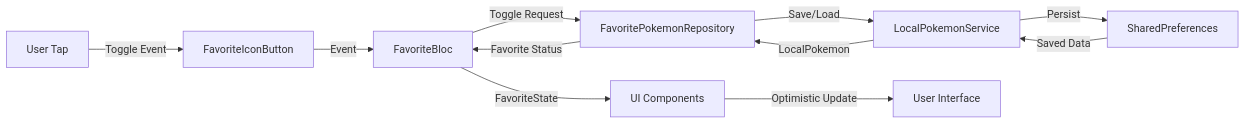
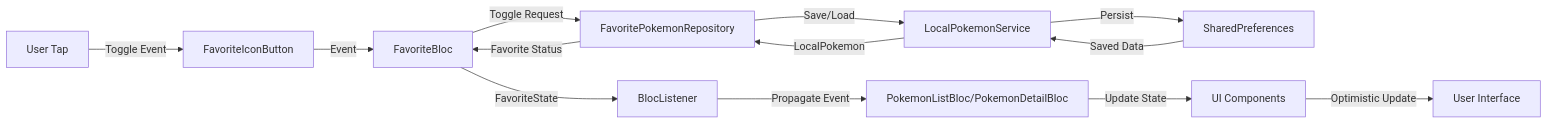
The second of 4 diagrams in flutter_another_pokemon_assignment/README_ARCHITECTURE.md (justbug/AnotherPokemonAssignment), drawn with Mermaid before and after one commit. The commit also changed other lines of this file and 3 other files, not shown here.

````diff
--- a/flutter_another_pokemon_assignment/README_ARCHITECTURE.md
+++ b/flutter_another_pokemon_assignment/README_ARCHITECTURE.md
@@ -94,14 +98,16 @@
 ```mermaid
 graph LR
     A[User Tap] -->|Toggle Event| B[FavoriteIconButton]
     B -->|Event| C[FavoriteBloc]
     C -->|Toggle Request| D[FavoritePokemonRepository]
     D -->|Save/Load| E[LocalPokemonService]
     E -->|Persist| F[SharedPreferences]
     
     F -->|Saved Data| E
     E -->|LocalPokemon| D
     D -->|Favorite Status| C
-    C -->|FavoriteState| G[UI Components]
-    G -->|Optimistic Update| H[User Interface]
+    C -->|FavoriteState| G[BlocListener]
+    G -->|Propagate Event| H[PokemonListBloc/PokemonDetailBloc]
+    H -->|Update State| I[UI Components]
+    I -->|Optimistic Update| J[User Interface]
 ```
````
